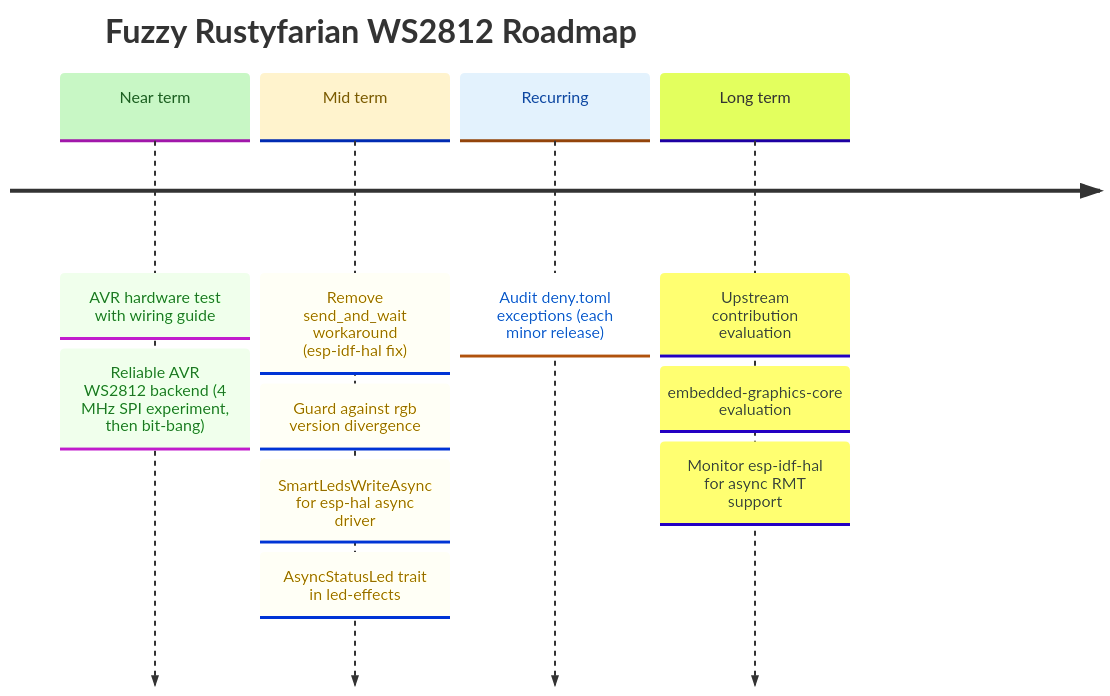
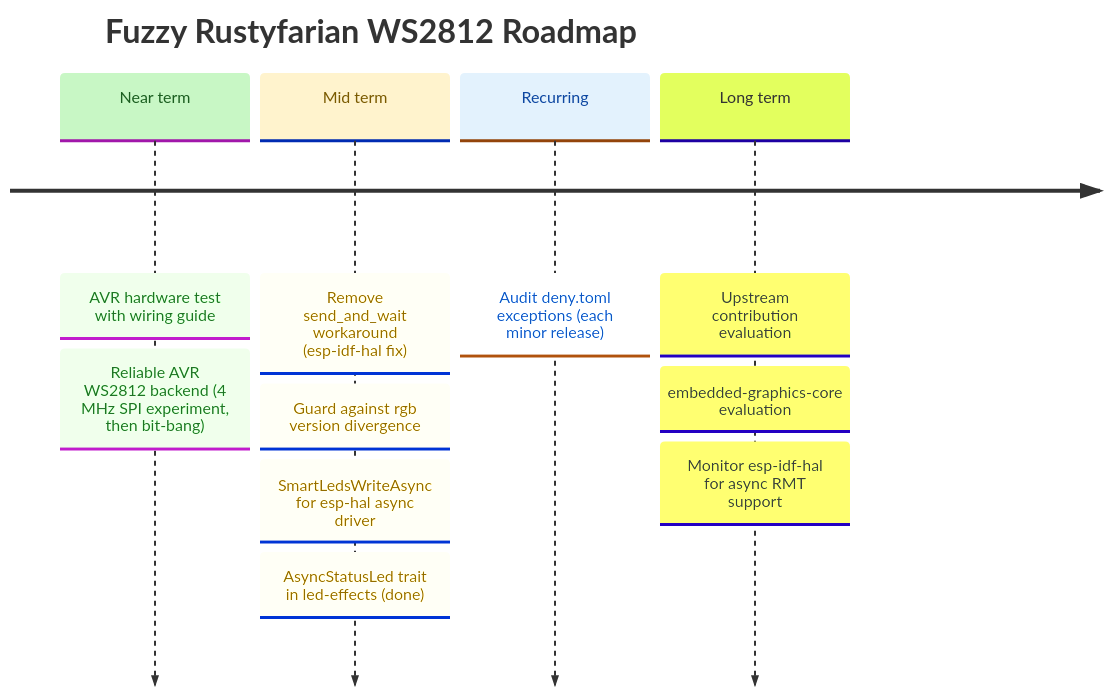
One commit to datenkollektiv/rustyfarian-ws2812 changed the diagram in docs/ROADMAP.md. Above: the diagram before and after it, drawn with Mermaid. The commit also changed other lines of this file and 10 other files, not shown here.

````diff
--- a/docs/ROADMAP.md
+++ b/docs/ROADMAP.md
@@ -10,30 +10,30 @@
 ```mermaid
 %%{init: {
   "theme": "base",
   "themeVariables": {
     "cScale0": "#c8f7c5",
     "cScaleLabel0": "#1b5e20",
     "cScale1": "#fff3cd",
     "cScaleLabel1": "#7a5a00",
     "cScale2": "#e3f2fd",
     "cScaleLabel2": "#0d47a1"
   }
 }}%%
 
 timeline
     title Fuzzy Rustyfarian WS2812 Roadmap
 
     Near term : AVR hardware test with wiring guide
               : Reliable AVR WS2812 backend (4 MHz SPI experiment, then bit-bang)
 
     Mid term  : Remove send_and_wait workaround (esp-idf-hal fix)
               : Guard against rgb version divergence
               : SmartLedsWriteAsync for esp-hal async driver
-              : AsyncStatusLed trait in led-effects
+              : AsyncStatusLed trait in led-effects (done)
 
     Recurring : Audit deny.toml exceptions (each minor release)
 
     Long term : Upstream contribution evaluation
               : embedded-graphics-core evaluation
               : Monitor esp-idf-hal for async RMT support
 ```
````
